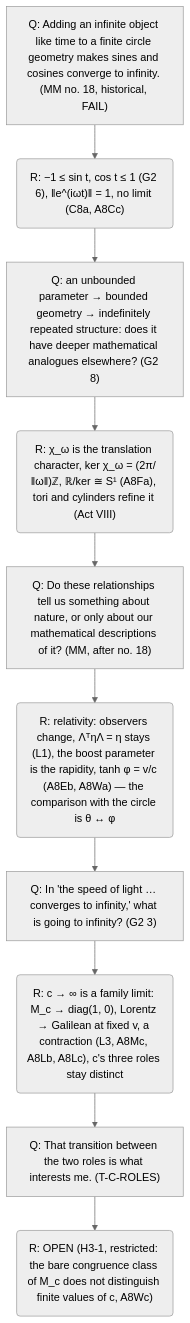
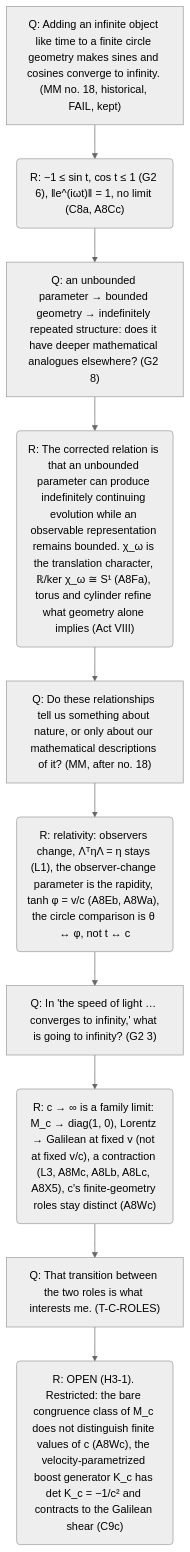
The ninth of 11 diagrams in research/canonical_story.md (nadiapriyam/ENERGEO), drawn with Mermaid (neutral theme) before and after one commit. The commit also changed other lines of this file and 18 other files, not shown here.

First line of the commit message:
Act VIII final lock: story and mathematics aligned

````diff
--- a/research/canonical_story.md
+++ b/research/canonical_story.md
@@ -280,22 +349,22 @@
 ```mermaid
 flowchart TD
-  TC0["Q: Adding an infinite object like time to a finite circle geometry makes sines and cosines converge to infinity. (MM no. 18, historical, FAIL)"]
+  TC0["Q: Adding an infinite object like time to a finite circle geometry makes sines and cosines converge to infinity. (MM no. 18, historical, FAIL, kept)"]
   TC1("R: −1 ≤ sin t, cos t ≤ 1 (G2 6), ‖e^(iωt)‖ = 1, no limit (C8a, A8Cc)")
   TC0 --> TC1
   TC2["Q: an unbounded parameter → bounded geometry → indefinitely repeated structure: does it have deeper mathematical analogues elsewhere? (G2 8)"]
   TC1 --> TC2
-  TC3("R: χ_ω is the translation character, ker χ_ω = (2π/‖ω‖)ℤ, ℝ/ker ≅ S¹ (A8Fa), tori and cylinders refine it (Act VIII)")
+  TC3("R: The corrected relation is that an unbounded parameter can produce indefinitely continuing evolution while an observable representation remains bounded. χ_ω is the translation character, ℝ/ker χ_ω ≅ S¹ (A8Fa), torus and cylinder refine what geometry alone implies (Act VIII)")
   TC2 --> TC3
   TC4["Q: Do these relationships tell us something about nature, or only about our mathematical descriptions of it? (MM, after no. 18)"]
   TC3 --> TC4
-  TC5("R: relativity: observers change, ΛᵀηΛ = η stays (L1), the boost parameter is the rapidity, tanh φ = v/c (A8Eb, A8Wa) — the comparison with the circle is θ ↔ φ")
+  TC5("R: relativity: observers change, ΛᵀηΛ = η stays (L1), the observer-change parameter is the rapidity, tanh φ = v/c (A8Eb, A8Wa), the circle comparison is θ ↔ φ, not t ↔ c")
   TC4 --> TC5
   TC6["Q: In 'the speed of light … converges to infinity,' what is going to infinity? (G2 3)"]
   TC5 --> TC6
-  TC7("R: c → ∞ is a family limit: M_c → diag(1, 0), Lorentz → Galilean at fixed v, a contraction (L3, A8Mc, A8Lb, A8Lc), c's three roles stay distinct")
+  TC7("R: c → ∞ is a family limit: M_c → diag(1, 0), Lorentz → Galilean at fixed v (not at fixed v/c), a contraction (L3, A8Mc, A8Lb, A8Lc, A8X5), c's finite-geometry roles stay distinct (A8Wc)")
   TC6 --> TC7
   TC8["Q: That transition between the two roles is what interests me. (T-C-ROLES)"]
   TC7 --> TC8
-  TC9("R: OPEN (H3-1, restricted: the bare congruence class of M_c does not distinguish finite values of c, A8Wc)")
+  TC9("R: OPEN (H3-1). Restricted: the bare congruence class of M_c does not distinguish finite values of c (A8Wc), the velocity-parametrized boost generator K_c has det K_c = −1/c² and contracts to the Galilean shear (C9c)")
   TC8 --> TC9
 ```
````
